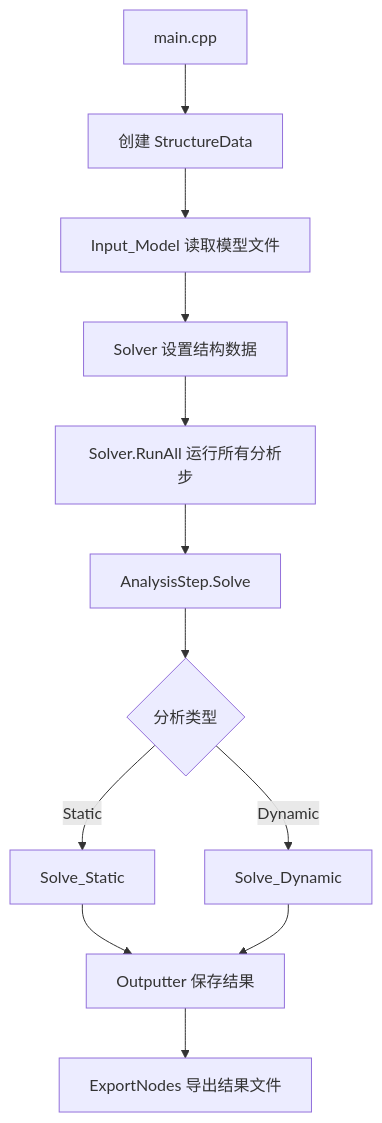
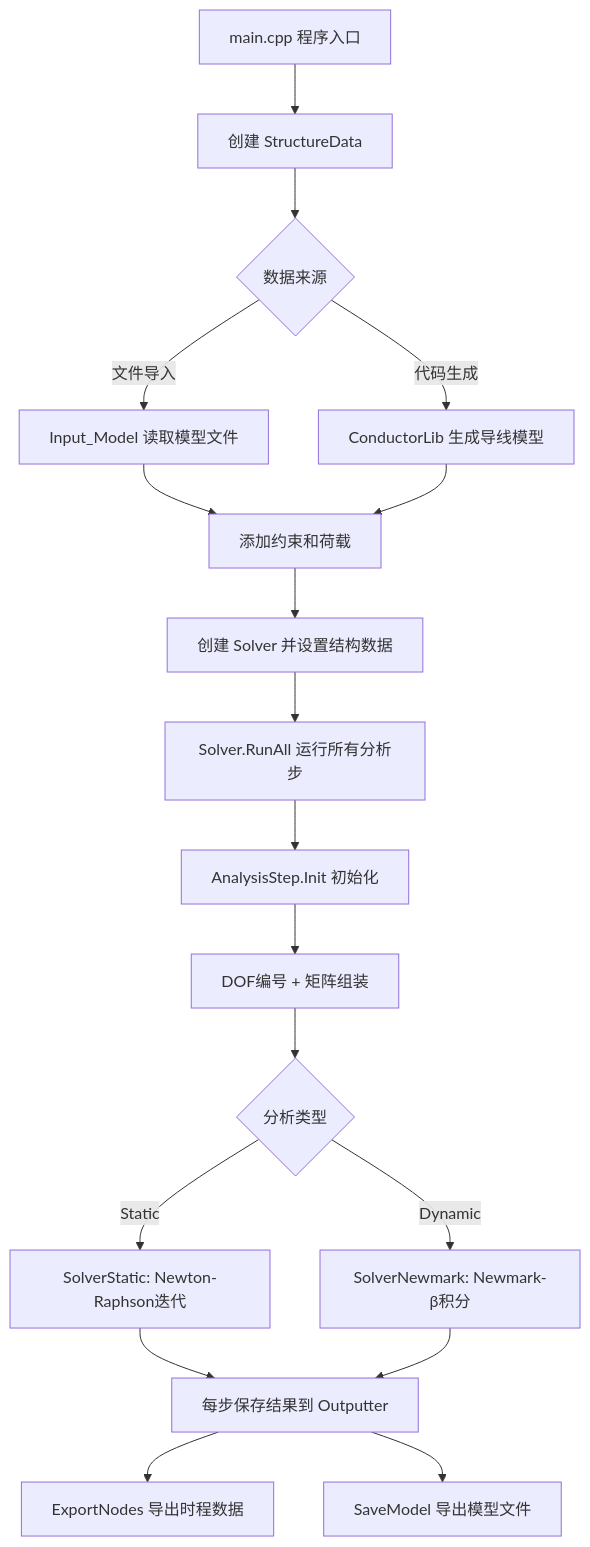
The diagram in 说明文档.md (jiwangxia/YQY_BB), drawn with Mermaid before and after one commit. The commit also changed other lines of this file and 7 other files, not shown here.

````diff
--- a/说明文档.md
+++ b/说明文档.md
@@ -277,14 +1025,20 @@
 ```mermaid
 flowchart TD
-    A[main.cpp] --> B[创建 StructureData]
-    B --> C[Input_Model 读取模型文件]
-    C --> D[Solver 设置结构数据]
-    D --> E[Solver.RunAll 运行所有分析步]
-    E --> F[AnalysisStep.Solve]
-    F --> G{分析类型}
-    G -->|Static| H[Solve_Static]
-    G -->|Dynamic| I[Solve_Dynamic]
-    H --> J[Outputter 保存结果]
-    I --> J
-    J --> K[ExportNodes 导出结果文件]
+    A[main.cpp 程序入口] --> B[创建 StructureData]
+    B --> C{数据来源}
+    C -->|文件导入| D[Input_Model 读取模型文件]
+    C -->|代码生成| E[ConductorLib 生成导线模型]
+    D --> F[添加约束和荷载]
+    E --> F
+    F --> G[创建 Solver 并设置结构数据]
+    G --> H[Solver.RunAll 运行所有分析步]
+    H --> I[AnalysisStep.Init 初始化]
+    I --> J[DOF编号 + 矩阵组装]
+    J --> K{分析类型}
+    K -->|Static| L[SolverStatic: Newton-Raphson迭代]
+    K -->|Dynamic| M[SolverNewmark: Newmark-β积分]
+    L --> N[每步保存结果到 Outputter]
+    M --> N
+    N --> O[ExportNodes 导出时程数据]
+    N --> P[SaveModel 导出模型文件]
 ```
````
